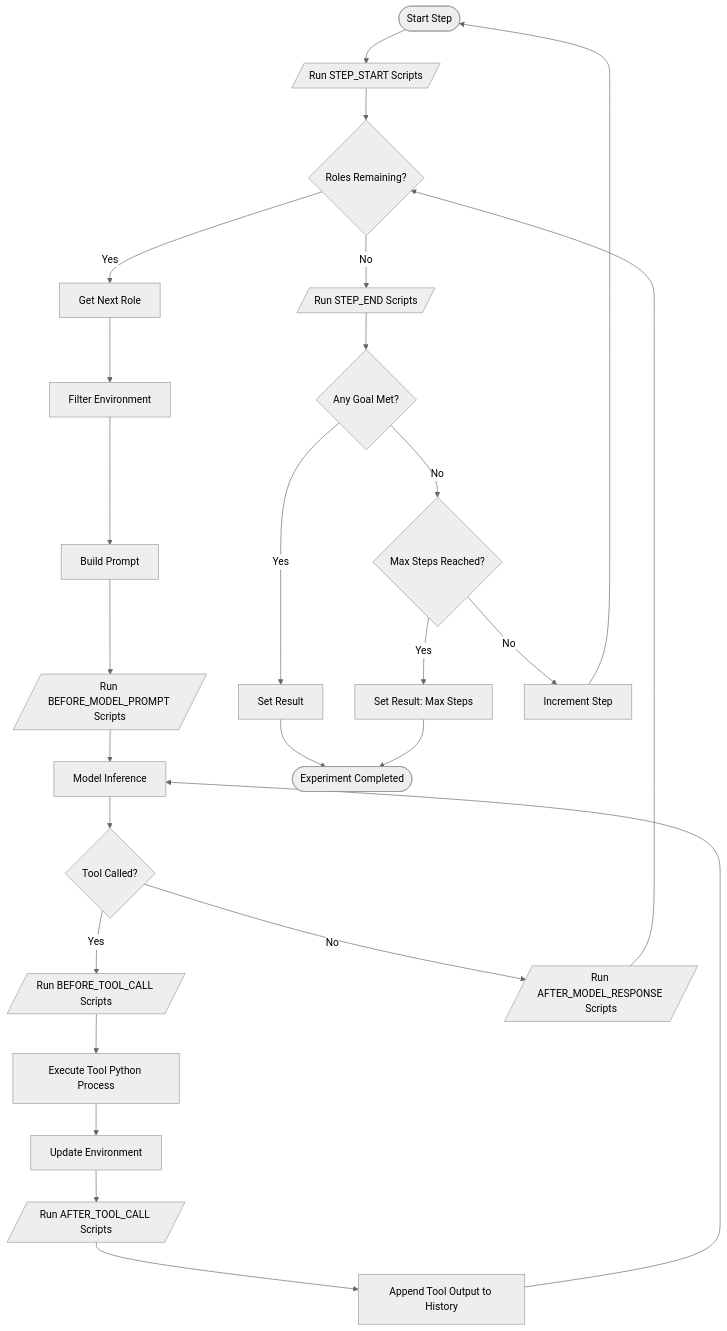
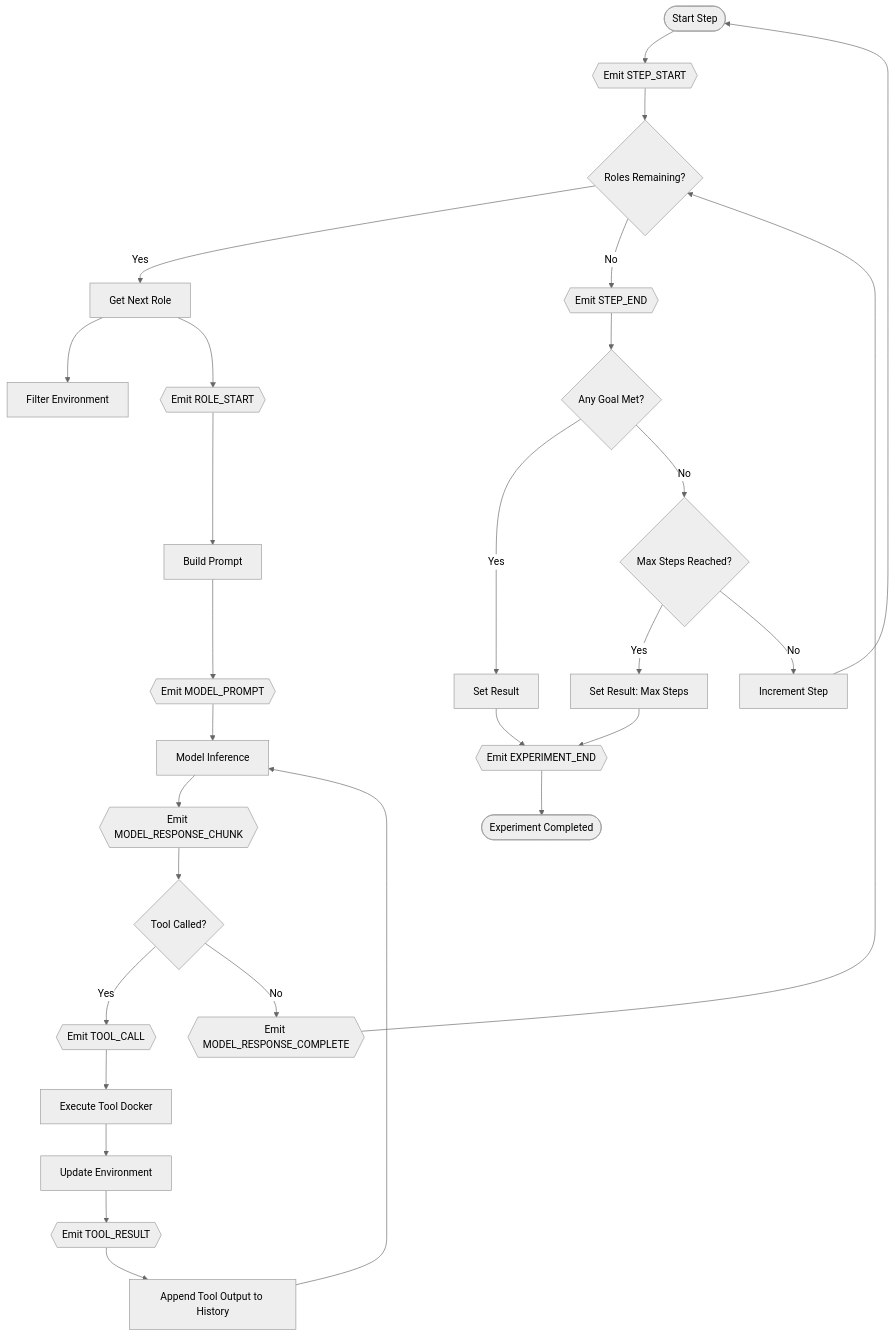
The second of 2 diagrams in SPEC.md (aldonadi/scientist-ai), drawn with Mermaid (neutral theme) before and after one commit. The commit also changed other lines of this file, not shown here.

Commit message:
feat: Introduce EventBus to decouple the execution engine from logging and script hooks, and update the experiment lifecycle to use event emissions.

````diff
--- a/SPEC.md
+++ b/SPEC.md
@@ -704,36 +721,39 @@
 ```mermaid
 flowchart TD
-    Start([Start Step]) --> StepStartHook[/Run STEP_START Scripts/]
-    StepStartHook --> RoleLoop{Roles Remaining?}
+    Start([Start Step]) --> StepStartEvt{{Emit STEP_START}}
+    StepStartEvt --> RoleLoop{Roles Remaining?}
     
     RoleLoop -- Yes --> GetRole[Get Next Role]
     GetRole --> FilterEnv[Filter Environment]
-    FilterEnv --> BuildPrompt[Build Prompt]
-    BuildPrompt --> PrePromptHook[/Run BEFORE_MODEL_PROMPT Scripts/]
-    PrePromptHook --> Inference[Model Inference]
+    GetRole --> RoleStartEvt{{Emit ROLE_START}}
+    RoleStartEvt --> BuildPrompt[Build Prompt]
+    BuildPrompt --> PromptEvt{{Emit MODEL_PROMPT}}
+    PromptEvt --> Inference[Model Inference]
     
-    Inference --> ToolCheck{Tool Called?}
+    Inference --> ChunkEvt{{Emit MODEL_RESPONSE_CHUNK}}
+    ChunkEvt --> ToolCheck{Tool Called?}
     
-    ToolCheck -- Yes --> PreToolHook[/Run BEFORE_TOOL_CALL Scripts/]
-    PreToolHook --> ExecTool[Execute Tool Python Process]
+    ToolCheck -- Yes --> ToolCallEvt{{Emit TOOL_CALL}}
+    ToolCallEvt --> ExecTool[Execute Tool Docker]
     ExecTool --> UpdateEnv[Update Environment]
-    UpdateEnv --> PostToolHook[/Run AFTER_TOOL_CALL Scripts/]
-    PostToolHook --> AppendHistory[Append Tool Output to History]
+    UpdateEnv --> ToolResultEvt{{Emit TOOL_RESULT}}
+    ToolResultEvt --> AppendHistory[Append Tool Output to History]
     AppendHistory --> Inference
     
-    ToolCheck -- No --> PostResponseHook[/Run AFTER_MODEL_RESPONSE Scripts/]
-    PostResponseHook --> RoleLoop
+    ToolCheck -- No --> ResponseCompleteEvt{{Emit MODEL_RESPONSE_COMPLETE}}
+    ResponseCompleteEvt --> RoleLoop
     
-    RoleLoop -- No --> StepEndHook[/Run STEP_END Scripts/]
-    StepEndHook --> GoalCheck{Any Goal Met?}
+    RoleLoop -- No --> StepEndEvt{{Emit STEP_END}}
+    StepEndEvt --> GoalCheck{Any Goal Met?}
     
     GoalCheck -- Yes --> SetResult[Set Result]
-    SetResult --> Completed([Experiment Completed])
+    SetResult --> ExpEndEvt{{Emit EXPERIMENT_END}}
+    ExpEndEvt --> Completed([Experiment Completed])
     
     GoalCheck -- No --> MaxStepCheck{Max Steps Reached?}
     MaxStepCheck -- Yes --> SetMaxResult[Set Result: Max Steps]
-    SetMaxResult --> Completed
+    SetMaxResult --> ExpEndEvt
     
     MaxStepCheck -- No --> IncStep[Increment Step]
     IncStep --> Start
 ```
````
